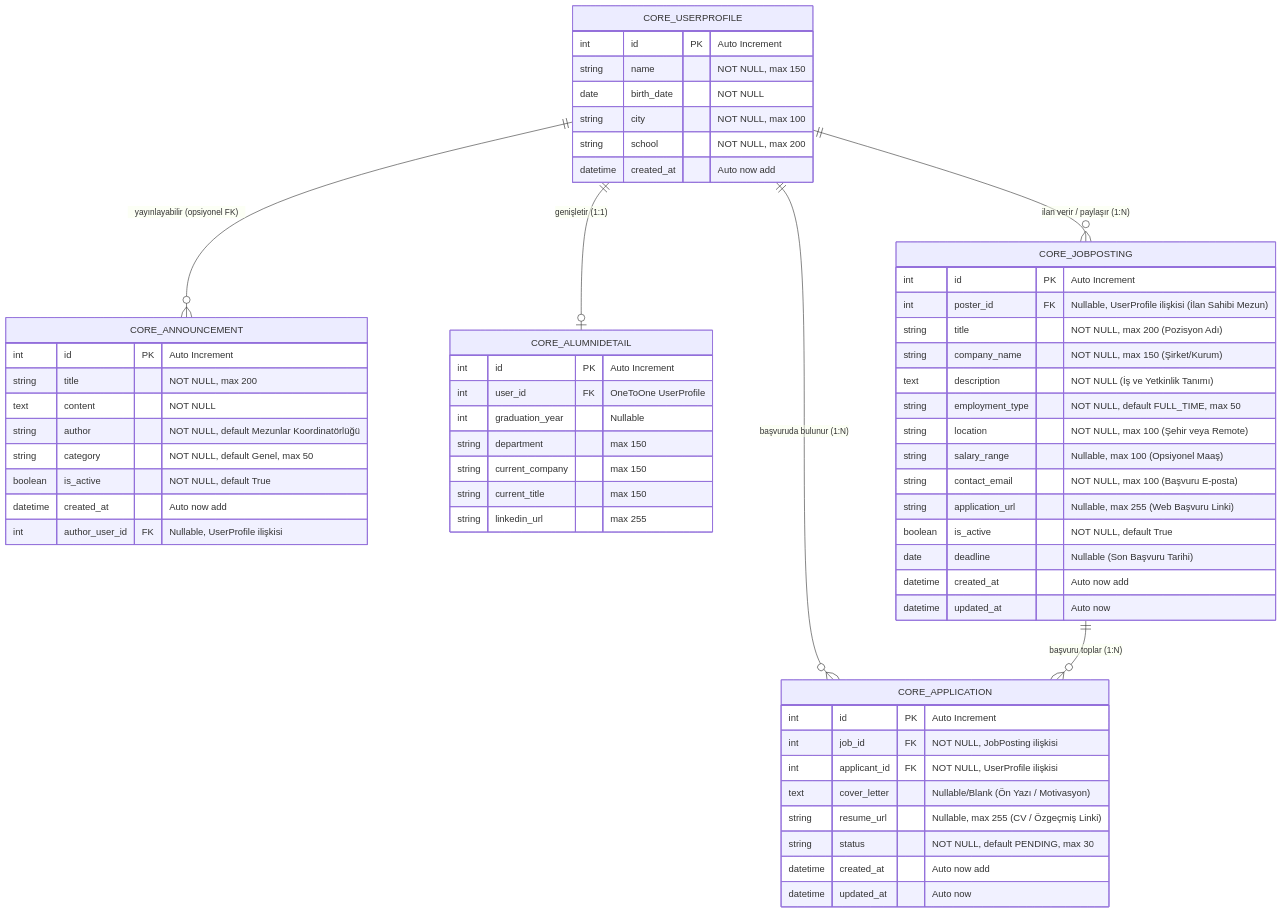
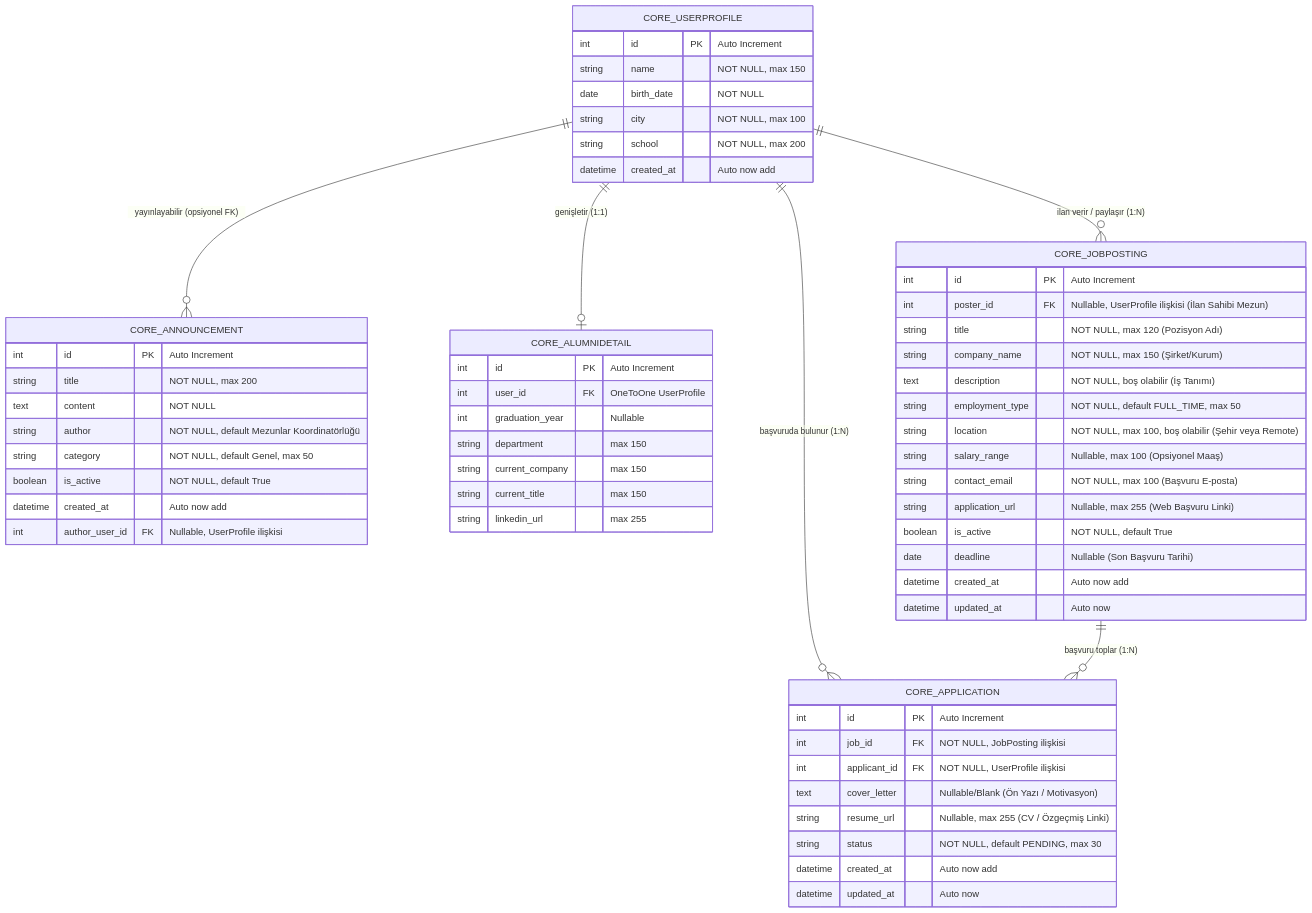
The second of 3 diagrams in ddd.md (BahaBadem/alumni), drawn with Mermaid before and after one commit. The commit also changed other lines of this file and 18 other files, not shown here.

````diff
--- a/ddd.md
+++ b/ddd.md
@@ -212,66 +213,66 @@
 ```mermaid
 erDiagram
     CORE_USERPROFILE {
         int id PK "Auto Increment"
         string name "NOT NULL, max 150"
         date birth_date "NOT NULL"
         string city "NOT NULL, max 100"
         string school "NOT NULL, max 200"
         datetime created_at "Auto now add"
     }
 
     CORE_ANNOUNCEMENT {
         int id PK "Auto Increment"
         string title "NOT NULL, max 200"
         text content "NOT NULL"
         string author "NOT NULL, default Mezunlar Koordinatörlüğü"
         string category "NOT NULL, default Genel, max 50"
         boolean is_active "NOT NULL, default True"
         datetime created_at "Auto now add"
         int author_user_id FK "Nullable, UserProfile ilişkisi"
     }
 
     CORE_ALUMNIDETAIL {
         int id PK "Auto Increment"
         int user_id FK "OneToOne UserProfile"
         int graduation_year "Nullable"
         string department "max 150"
         string current_company "max 150"
         string current_title "max 150"
         string linkedin_url "max 255"
     }
 
     CORE_JOBPOSTING {
         int id PK "Auto Increment"
         int poster_id FK "Nullable, UserProfile ilişkisi (İlan Sahibi Mezun)"
-        string title "NOT NULL, max 200 (Pozisyon Adı)"
+        string title "NOT NULL, max 120 (Pozisyon Adı)"
         string company_name "NOT NULL, max 150 (Şirket/Kurum)"
-        text description "NOT NULL (İş ve Yetkinlik Tanımı)"
+        text description "NOT NULL, boş olabilir (İş Tanımı)"
         string employment_type "NOT NULL, default FULL_TIME, max 50"
-        string location "NOT NULL, max 100 (Şehir veya Remote)"
+        string location "NOT NULL, max 100, boş olabilir (Şehir veya Remote)"
         string salary_range "Nullable, max 100 (Opsiyonel Maaş)"
         string contact_email "NOT NULL, max 100 (Başvuru E-posta)"
         string application_url "Nullable, max 255 (Web Başvuru Linki)"
         boolean is_active "NOT NULL, default True"
         date deadline "Nullable (Son Başvuru Tarihi)"
         datetime created_at "Auto now add"
         datetime updated_at "Auto now"
     }
 
     CORE_APPLICATION {
         int id PK "Auto Increment"
         int job_id FK "NOT NULL, JobPosting ilişkisi"
         int applicant_id FK "NOT NULL, UserProfile ilişkisi"
         text cover_letter "Nullable/Blank (Ön Yazı / Motivasyon)"
         string resume_url "Nullable, max 255 (CV / Özgeçmiş Linki)"
         string status "NOT NULL, default PENDING, max 30"
         datetime created_at "Auto now add"
         datetime updated_at "Auto now"
     }
 
     CORE_USERPROFILE ||--o{ CORE_ANNOUNCEMENT : "yayınlayabilir (opsiyonel FK)"
     CORE_USERPROFILE ||--o| CORE_ALUMNIDETAIL : "genişletir (1:1)"
     CORE_USERPROFILE ||--o{ CORE_JOBPOSTING : "ilan verir / paylaşır (1:N)"
     CORE_USERPROFILE ||--o{ CORE_APPLICATION : "başvuruda bulunur (1:N)"
     CORE_JOBPOSTING ||--o{ CORE_APPLICATION : "başvuru toplar (1:N)"
 ```
````
